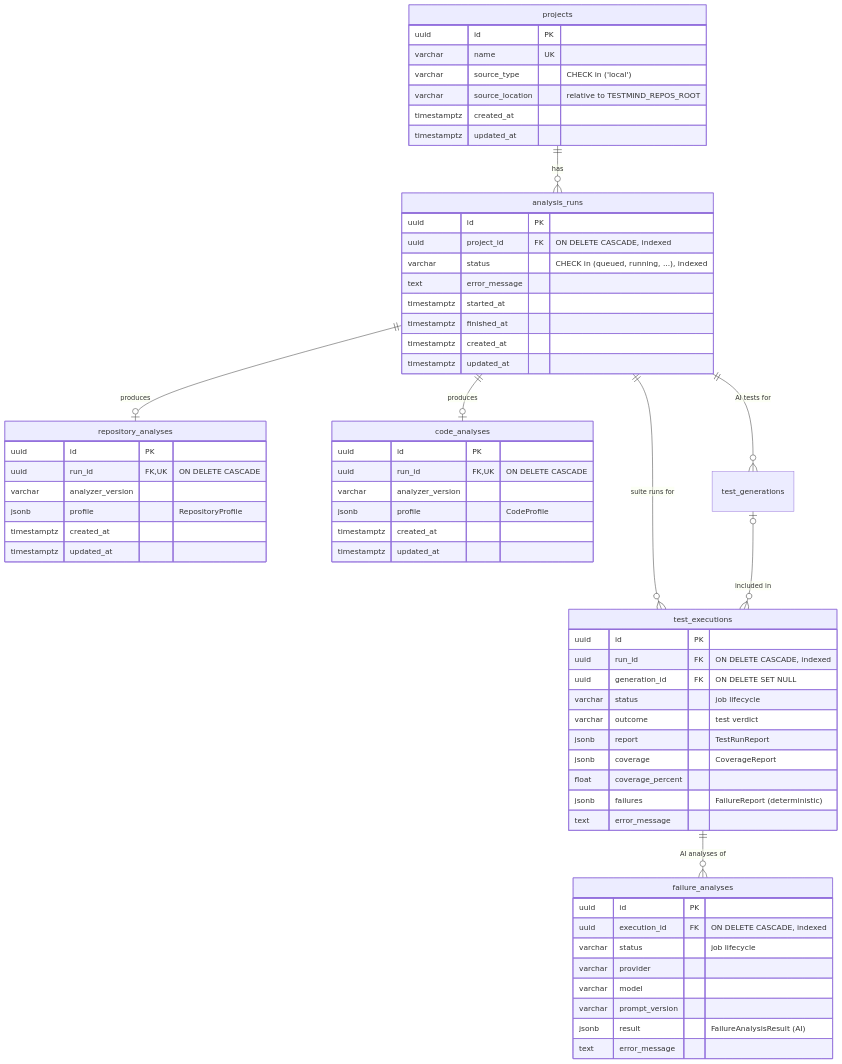
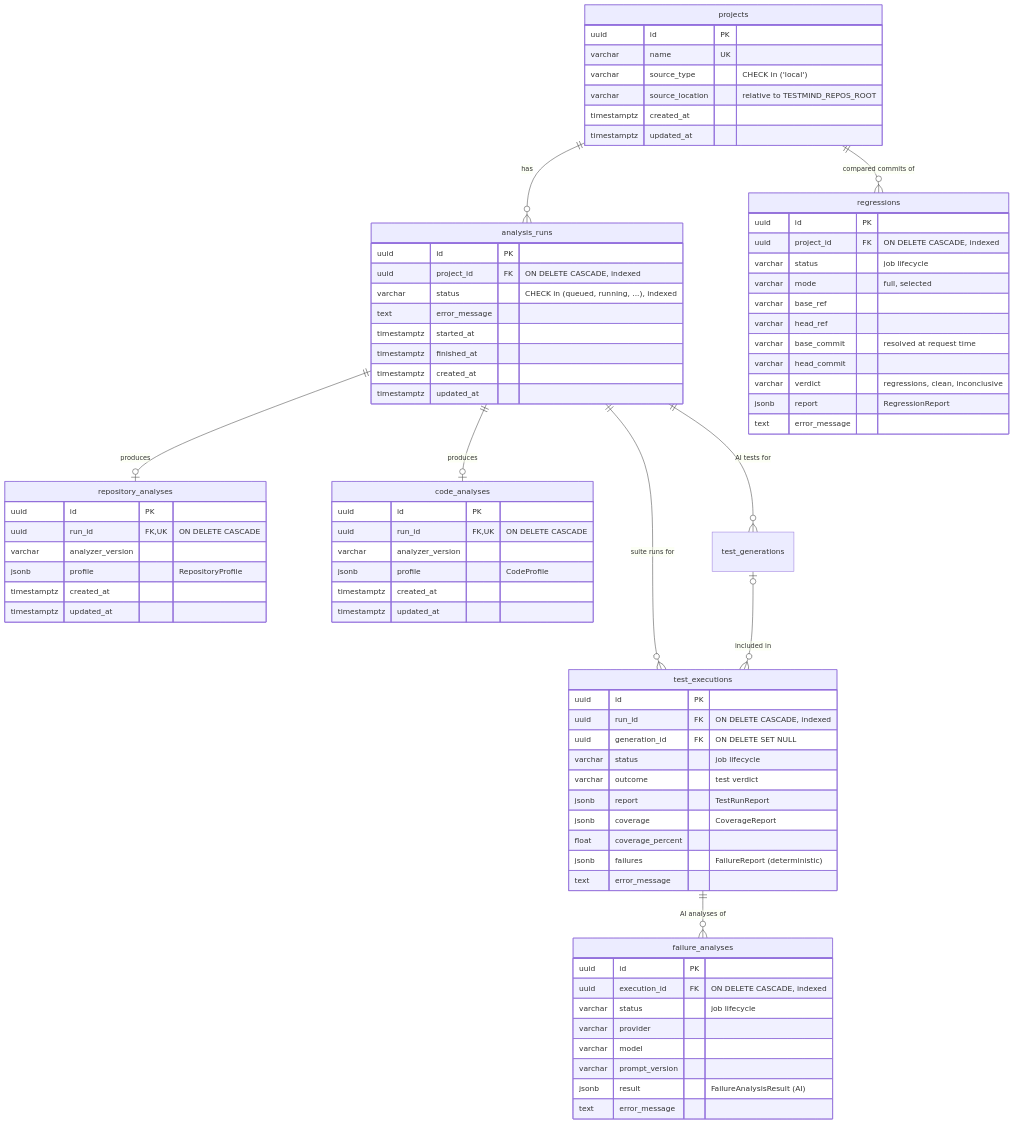
Before and after one commit to AAli-gh/AI-Powered-Software-Testing-Platform: the fourth of 4 diagrams in docs/architecture.md, drawn with Mermaid. The commit also changed 65 other files, not shown here.

````diff
--- a/docs/architecture.md
+++ b/docs/architecture.md
@@ -130,66 +130,80 @@
 ```mermaid
 erDiagram
     projects ||--o{ analysis_runs : has
     analysis_runs ||--o| repository_analyses : produces
     analysis_runs ||--o| code_analyses : produces
     analysis_runs ||--o{ test_generations : "AI tests for"
     analysis_runs ||--o{ test_executions : "suite runs for"
     test_generations |o--o{ test_executions : "included in"
     test_executions ||--o{ failure_analyses : "AI analyses of"
+    projects ||--o{ regressions : "compared commits of"
     projects {
         uuid id PK
         varchar name UK
         varchar source_type "CHECK in ('local')"
         varchar source_location "relative to TESTMIND_REPOS_ROOT"
         timestamptz created_at
         timestamptz updated_at
     }
     analysis_runs {
         uuid id PK
         uuid project_id FK "ON DELETE CASCADE, indexed"
         varchar status "CHECK in (queued, running, ...), indexed"
         text error_message
         timestamptz started_at
         timestamptz finished_at
         timestamptz created_at
         timestamptz updated_at
     }
     repository_analyses {
         uuid id PK
         uuid run_id FK,UK "ON DELETE CASCADE"
         varchar analyzer_version
         jsonb profile "RepositoryProfile"
         timestamptz created_at
         timestamptz updated_at
     }
     code_analyses {
         uuid id PK
         uuid run_id FK,UK "ON DELETE CASCADE"
         varchar analyzer_version
         jsonb profile "CodeProfile"
         timestamptz created_at
         timestamptz updated_at
     }
     test_executions {
         uuid id PK
         uuid run_id FK "ON DELETE CASCADE, indexed"
         uuid generation_id FK "ON DELETE SET NULL"
         varchar status "job lifecycle"
         varchar outcome "test verdict"
         jsonb report "TestRunReport"
         jsonb coverage "CoverageReport"
         float coverage_percent
         jsonb failures "FailureReport (deterministic)"
         text error_message
     }
+    regressions {
+        uuid id PK
+        uuid project_id FK "ON DELETE CASCADE, indexed"
+        varchar status "job lifecycle"
+        varchar mode "full, selected"
+        varchar base_ref
+        varchar head_ref
+        varchar base_commit "resolved at request time"
+        varchar head_commit
+        varchar verdict "regressions, clean, inconclusive"
+        jsonb report "RegressionReport"
+        text error_message
+    }
     failure_analyses {
         uuid id PK
         uuid execution_id FK "ON DELETE CASCADE, indexed"
         varchar status "job lifecycle"
         varchar provider
         varchar model
         varchar prompt_version
         jsonb result "FailureAnalysisResult (AI)"
         text error_message
     }
 ```
````
